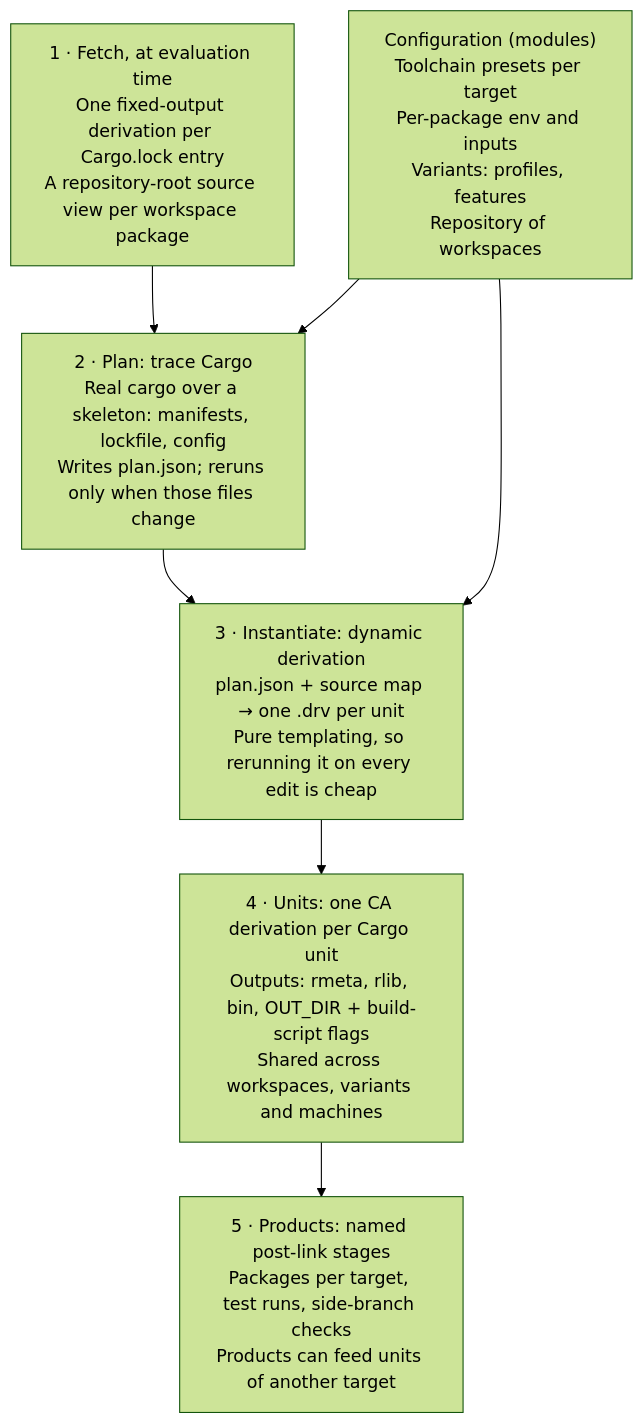
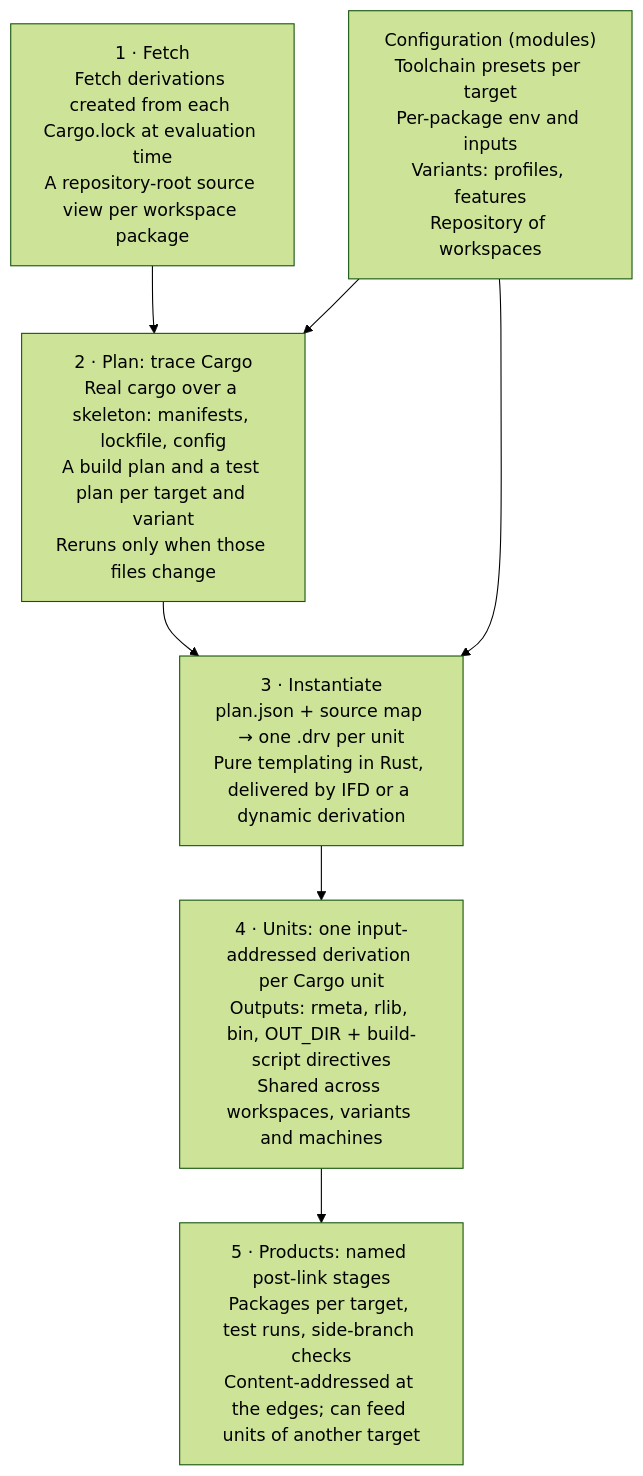
One commit to schlarpc/breakbulk changed the diagram in docs/design.md. Above: the diagram before and after it, drawn with Mermaid (forest theme). The commit also changed other lines of this file, not shown here.

````diff
--- a/docs/design.md
+++ b/docs/design.md
@@ -38,12 +40,12 @@
 ```mermaid
 flowchart TD
-  fetch["1 · Fetch, at evaluation time<br/>One fixed-output derivation per Cargo.lock entry<br/>A repository-root source view per workspace package"]
-  plan["2 · Plan: trace Cargo<br/>Real cargo over a skeleton: manifests, lockfile, config<br/>Writes plan.json; reruns only when those files change"]
-  inst["3 · Instantiate: dynamic derivation<br/>plan.json + source map → one .drv per unit<br/>Pure templating, so rerunning it on every edit is cheap"]
-  units["4 · Units: one CA derivation per Cargo unit<br/>Outputs: rmeta, rlib, bin, OUT_DIR + build-script flags<br/>Shared across workspaces, variants and machines"]
-  products["5 · Products: named post-link stages<br/>Packages per target, test runs, side-branch checks<br/>Products can feed units of another target"]
+  fetch["1 · Fetch<br/>Fetch derivations created from each Cargo.lock at evaluation time<br/>A repository-root source view per workspace package"]
+  plan["2 · Plan: trace Cargo<br/>Real cargo over a skeleton: manifests, lockfile, config<br/>A build plan and a test plan per target and variant<br/>Reruns only when those files change"]
+  inst["3 · Instantiate<br/>plan.json + source map → one .drv per unit<br/>Pure templating in Rust, delivered by IFD or a dynamic derivation"]
+  units["4 · Units: one input-addressed derivation per Cargo unit<br/>Outputs: rmeta, rlib, bin, OUT_DIR + build-script directives<br/>Shared across workspaces, variants and machines"]
+  products["5 · Products: named post-link stages<br/>Packages per target, test runs, side-branch checks<br/>Content-addressed at the edges; can feed units of another target"]
   config["Configuration (modules)<br/>Toolchain presets per target<br/>Per-package env and inputs<br/>Variants: profiles, features<br/>Repository of workspaces"]
   fetch --> plan --> inst --> units --> products
   config --> plan
   config --> inst
 ```
````
